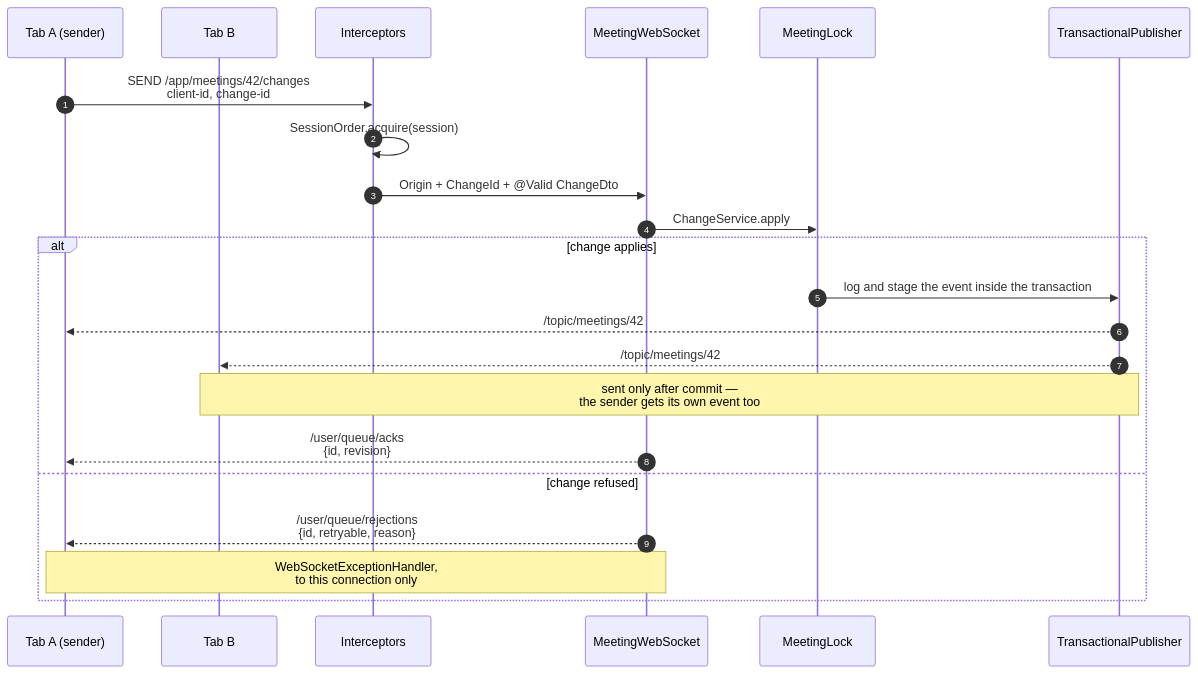
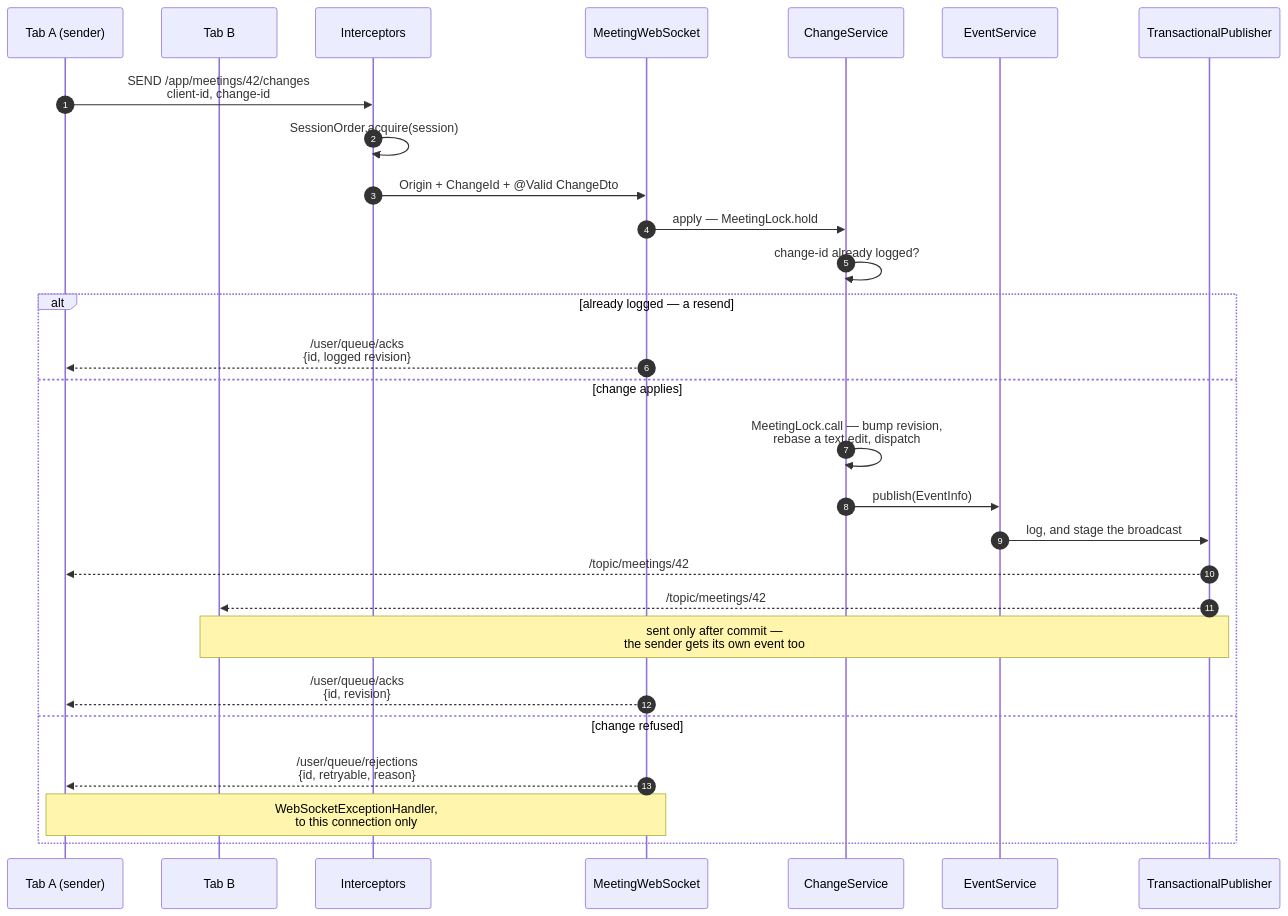
The second of 3 diagrams in doc/WEBSOCKETS.md (ChrisVesters/Notula), drawn with Mermaid before and after one commit. The commit also changed other lines of this file and 6 other files, not shown here.

````diff
--- a/doc/WEBSOCKETS.md
+++ b/doc/WEBSOCKETS.md
@@ -184,26 +191,32 @@
 ```mermaid
 sequenceDiagram
     autonumber
     participant A as Tab A (sender)
     participant B as Tab B
     participant I as Interceptors
     participant H as MeetingWebSocket
-    participant L as MeetingLock
+    participant C as ChangeService
+    participant E as EventService
     participant P as TransactionalPublisher
 
     A->>I: SEND /app/meetings/42/changes<br/>client-id, change-id
     I->>I: SessionOrder.acquire(session)
     I->>H: Origin + ChangeId + @Valid ChangeDto
-    H->>L: ChangeService.apply
+    H->>C: apply — MeetingLock.hold
+    C->>C: change-id already logged?
 
-    alt change applies
-        L->>P: log and stage the event inside the transaction
+    alt already logged — a resend
+        H-->>A: /user/queue/acks<br/>{id, logged revision}
+    else change applies
+        C->>C: MeetingLock.call — bump revision,<br/>rebase a text edit, dispatch
+        C->>E: publish(EventInfo)
+        E->>P: log, and stage the broadcast
         P-->>A: /topic/meetings/42
         P-->>B: /topic/meetings/42
         Note over P,B: sent only after commit —<br/>the sender gets its own event too
         H-->>A: /user/queue/acks<br/>{id, revision}
     else change refused
         H-->>A: /user/queue/rejections<br/>{id, retryable, reason}
         Note over H,A: WebSocketExceptionHandler,<br/>to this connection only
     end
 ```
````
